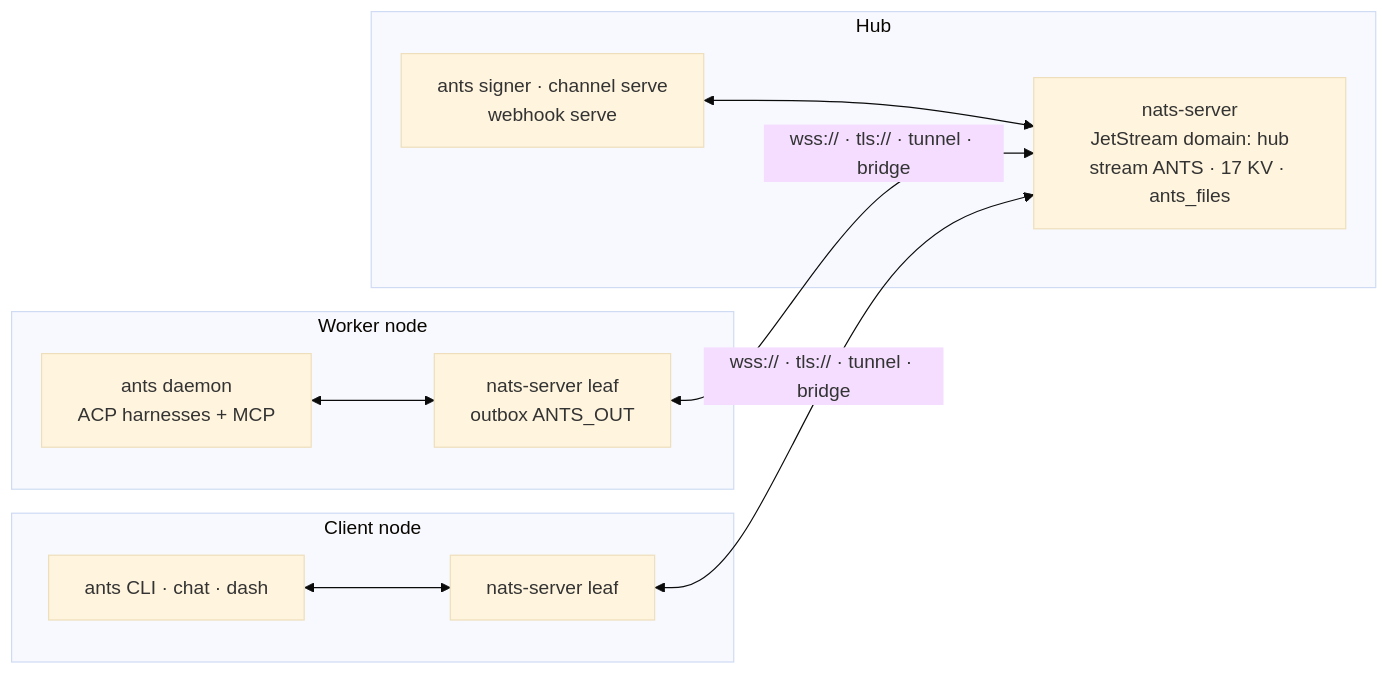
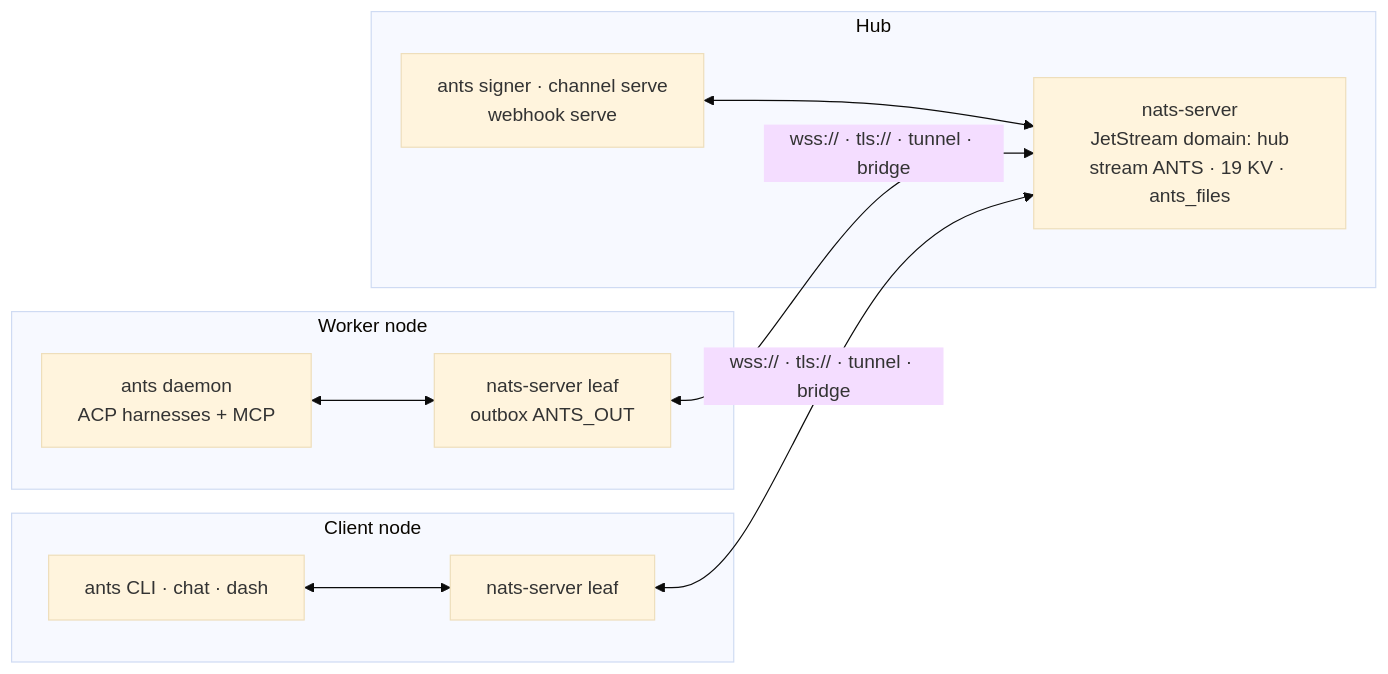
The diagram in README.md (quanghle/ants), drawn with Mermaid (base theme) before and after one commit. The commit also changed other lines of this file and 30 other files, not shown here.

````diff
--- a/README.md
+++ b/README.md
@@ -19,23 +19,23 @@
 ```mermaid
 flowchart LR
     subgraph worker["Worker node"]
         daemon["ants daemon<br/>ACP harnesses + MCP"]
         wleaf["nats-server leaf<br/>outbox ANTS_OUT"]
         daemon <--> wleaf
     end
 
     subgraph hub["Hub"]
-        hserver["nats-server<br/>JetStream domain: hub<br/>stream ANTS · 17 KV · ants_files"]
+        hserver["nats-server<br/>JetStream domain: hub<br/>stream ANTS · 19 KV · ants_files"]
         services["ants signer · channel serve<br/>webhook serve"]
         services <--> hserver
     end
 
     subgraph client["Client node"]
         cli["ants CLI · chat · dash"]
         cleaf["nats-server leaf"]
         cli <--> cleaf
     end
 
     wleaf <-->|"wss:// · tls:// · tunnel · bridge"| hserver
     cleaf <-->|"wss:// · tls:// · tunnel · bridge"| hserver
 ```
````
